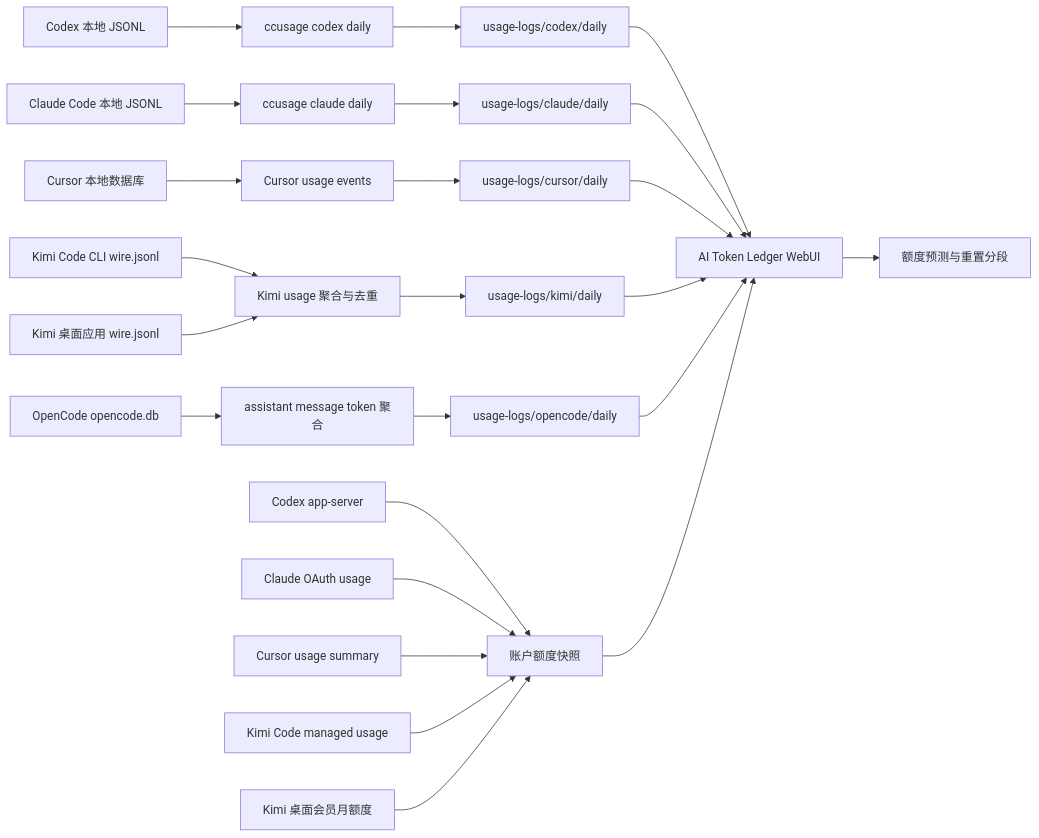
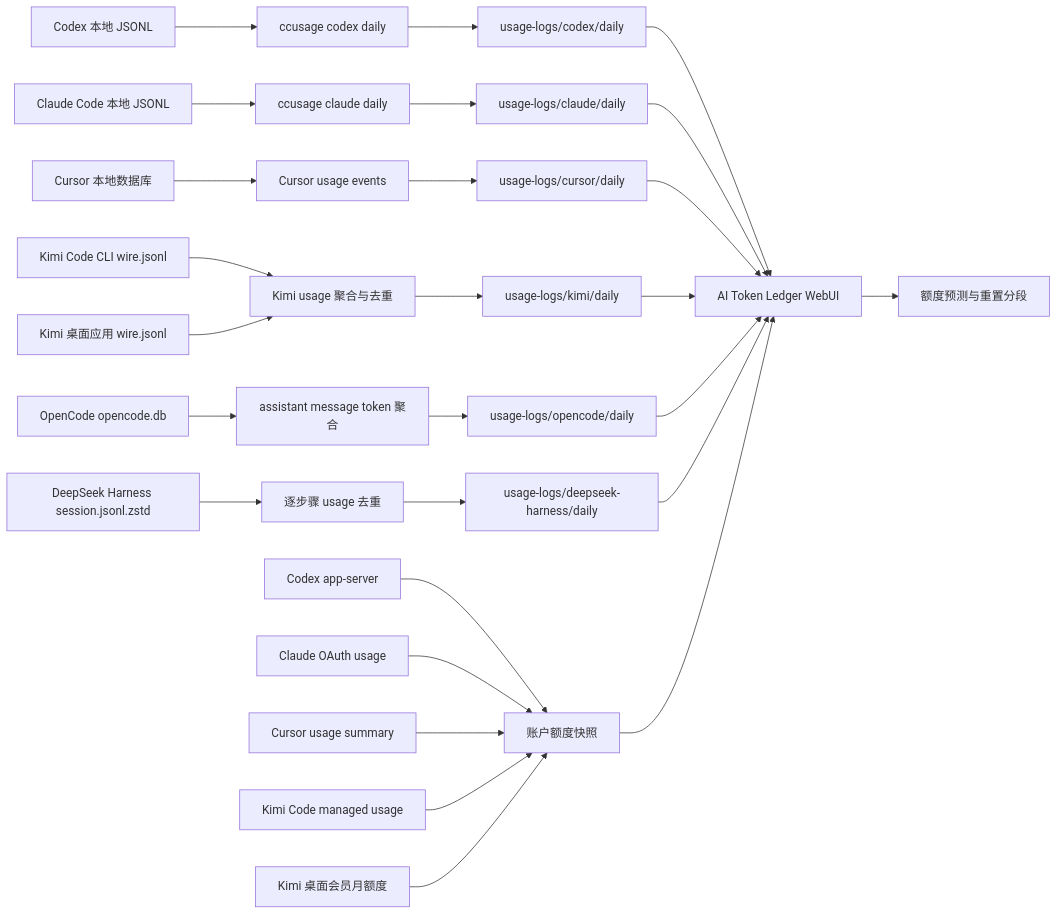
Before and after one commit to Flowfangfei/codex_token_visualization: the diagram in README.md, drawn with Mermaid. The commit also changed other lines of this file and 7 other files, not shown here.

Commit message:
Add DeepSeek Harness usage provider

````diff
--- a/README.md
+++ b/README.md
@@ -136,26 +162,29 @@
 ```mermaid
 flowchart LR
   A[Codex 本地 JSONL] --> B[ccusage codex daily]
   C[Claude Code 本地 JSONL] --> D[ccusage claude daily]
   E[Cursor 本地数据库] --> F[Cursor usage events]
   P[Kimi Code CLI wire.jsonl] --> Q[Kimi usage 聚合与去重]
   T[Kimi 桌面应用 wire.jsonl] --> Q
   V[OpenCode opencode.db] --> W[assistant message token 聚合]
+  Y[DeepSeek Harness session.jsonl.zstd] --> Z[逐步骤 usage 去重]
   B --> G[usage-logs/codex/daily]
   D --> H[usage-logs/claude/daily]
   F --> I[usage-logs/cursor/daily]
   Q --> R[usage-logs/kimi/daily]
   W --> X[usage-logs/opencode/daily]
+  Z --> AA[usage-logs/deepseek-harness/daily]
   G --> J[AI Token Ledger WebUI]
   H --> J
   I --> J
   R --> J
   X --> J
+  AA --> J
   K[Codex app-server] --> L[账户额度快照]
   M[Claude OAuth usage] --> L
   N[Cursor usage summary] --> L
   S[Kimi Code managed usage] --> L
   U[Kimi 桌面会员月额度] --> L
   L --> J
   J --> O[额度预测与重置分段]
 ```
````
